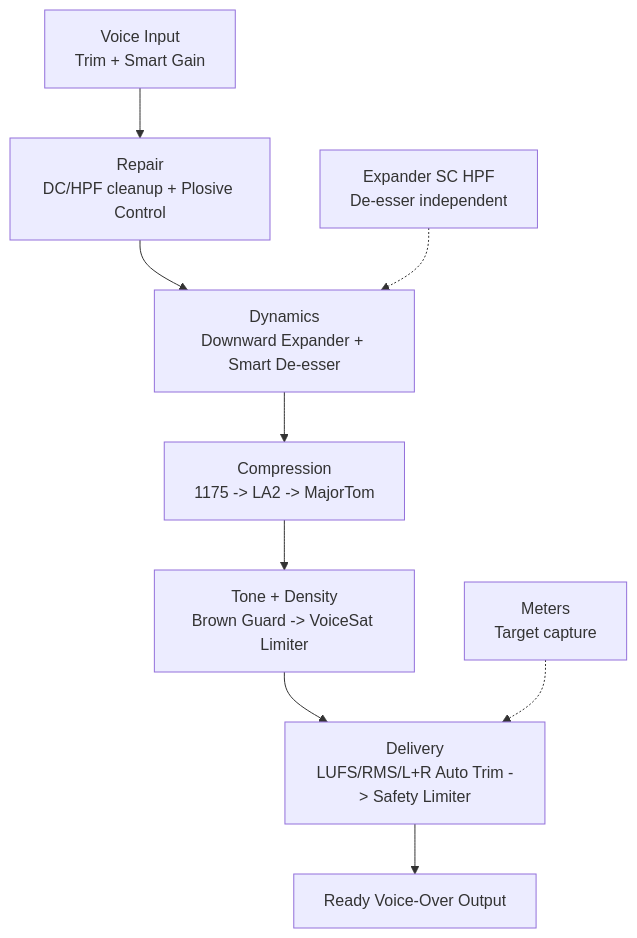
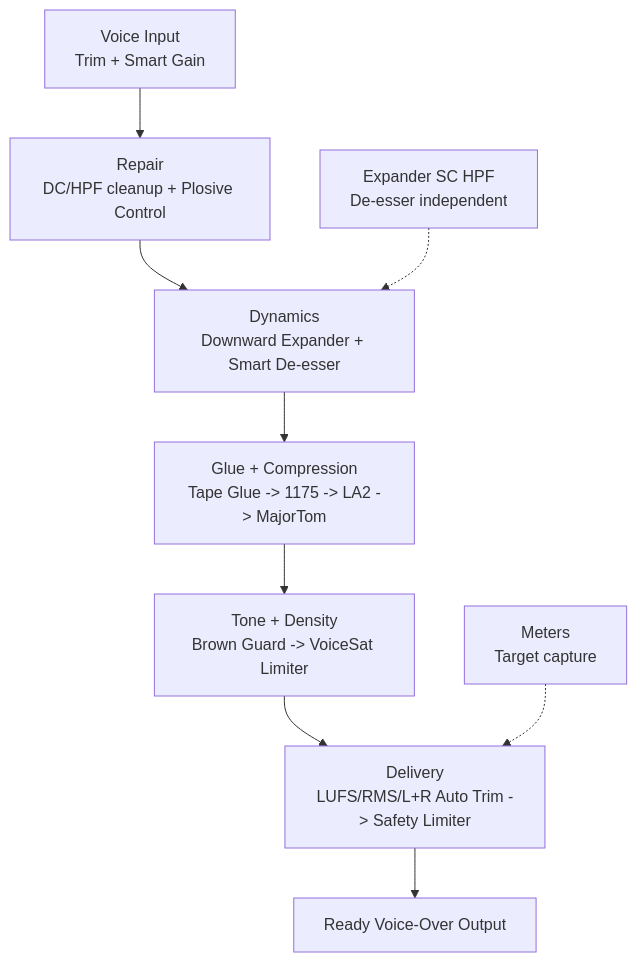
Before and after one commit to D35P4C1T0/Vocal-Chain-VoiceOver-JSFX: the diagram in README.md, drawn with Mermaid. The commit also changed other lines of this file and 3 other files, not shown here.

Commit message:
Add Tape Glue and ySFX build variant

````diff
--- a/README.md
+++ b/README.md
@@ -40,17 +41,17 @@
 ```mermaid
 flowchart TD
     input["Voice Input<br/>Trim + Smart Gain"]
     repair["Repair<br/>DC/HPF cleanup + Plosive Control"]
     dynamics["Dynamics<br/>Downward Expander + Smart De-esser"]
-    comp["Compression<br/>1175 -> LA2 -> MajorTom"]
+    comp["Glue + Compression<br/>Tape Glue -> 1175 -> LA2 -> MajorTom"]
     tone["Tone + Density<br/>Brown Guard -> VoiceSat Limiter"]
     output["Delivery<br/>LUFS/RMS/L+R Auto Trim -> Safety Limiter"]
     done["Ready Voice-Over Output"]
     dynNote["Expander SC HPF<br/>De-esser independent"]
     outNote["Meters<br/>Target capture"]
 
     input --> repair --> dynamics --> comp --> tone --> output --> done
 
     dynNote -.-> dynamics
     outNote -.-> output
 ```
````
